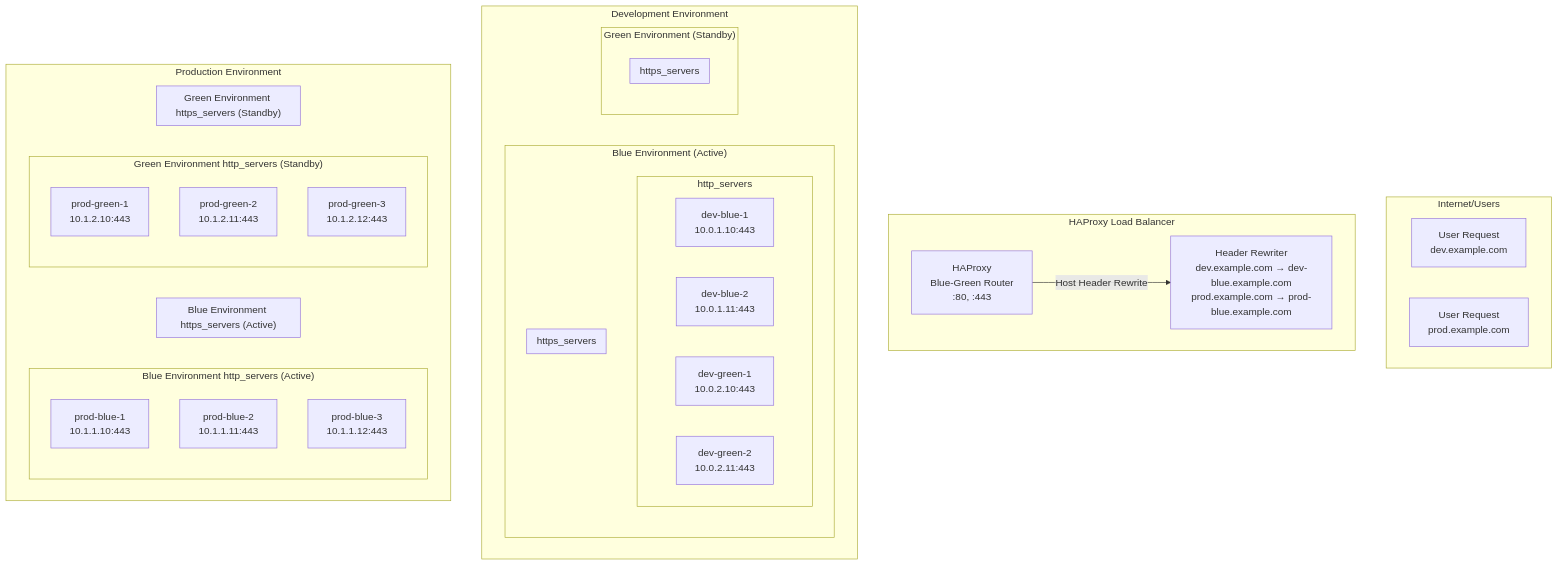
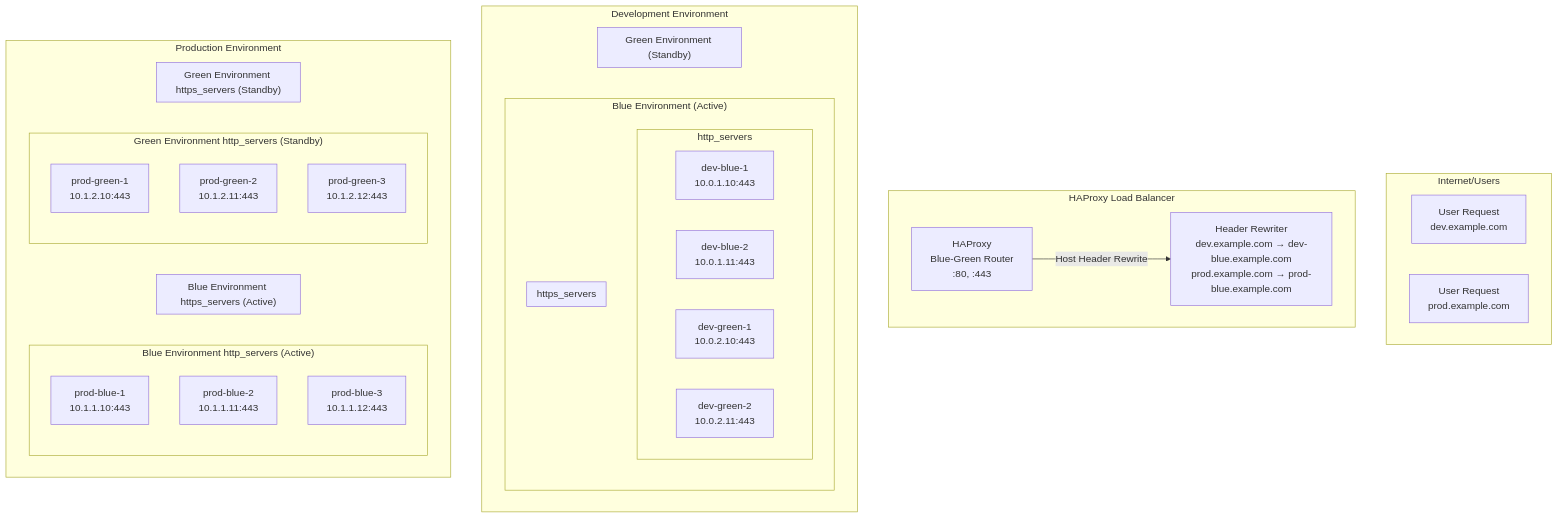
One commit to cadjai/ocp4-cluster-workload-migration changed the diagram in HAPROXY-BLUE-GREEN-README.md. Above: the diagram before and after it, drawn with Mermaid.

Commit message:
update diagram

````diff
--- a/HAPROXY-BLUE-GREEN-README.md
+++ b/HAPROXY-BLUE-GREEN-README.md
@@ -26,62 +26,64 @@
 ```mermaid
 graph TB
     subgraph "Internet/Users"
         U1[User Request<br/>dev.example.com]
         U2[User Request<br/>prod.example.com]
     end
     
     subgraph "HAProxy Load Balancer"
         H[HAProxy<br/>Blue-Green Router<br/>:80, :443]
         H --> |"Host Header Rewrite"| HR[Header Rewriter<br/>dev.example.com → dev-blue.example.com<br/>prod.example.com → prod-blue.example.com]
     end
     
     subgraph "Development Environment"
         subgraph "Blue Environment (Active)"
             subgraph "http_servers"
                 DB1[dev-blue-1<br/>10.0.1.10:80]
                 DB2[dev-blue-2<br/>10.0.1.11:80]
             end
-            subgraph "https_servers "
+
+            subgraph "https_servers"
                 DB1[dev-blue-1<br/>10.0.1.10:443]
                 DB2[dev-blue-2<br/>10.0.1.11:443]
             end
+
         end
         
         subgraph "Green Environment (Standby)"
             subgraph "http_servers"
                 DG1[dev-green-1<br/>10.0.2.10:80]
                 DG2[dev-green-2<br/>10.0.2.11:80]
             end
             subgraph "https_servers"
                 DG1[dev-green-1<br/>10.0.2.10:443]
                 DG2[dev-green-2<br/>10.0.2.11:443]
             end
         end
     end
     
     subgraph "Production Environment"
         subgraph "Blue Environment http_servers (Active)"
             PB1[prod-blue-1<br/>10.1.1.10:80]
             PB2[prod-blue-2<br/>10.1.1.11:80]
             PB3[prod-blue-3<br/>10.1.1.12:80]
         end
         
         subgraph "Blue Environment https_servers (Active)"
             PB1[prod-blue-1<br/>10.1.1.10:443]
             PB2[prod-blue-2<br/>10.1.1.11:443]
             PB3[prod-blue-3<br/>10.1.1.12:443]
         end
         
         subgraph "Green Environment http_servers (Standby)"
             PG1[prod-green-1<br/>10.1.2.10:80]
             PG2[prod-green-2<br/>10.1.2.11:80]
             PG3[prod-green-3<br/>10.1.2.12:80]
         end
         
         subgraph "Green Environment https_servers (Standby)"
             PG1[prod-green-1<br/>10.1.2.10:443]
             PG2[prod-green-2<br/>10.1.2.11:443]
             PG3[prod-green-3<br/>10.1.2.12:443]
         end
     end
 ```
````
